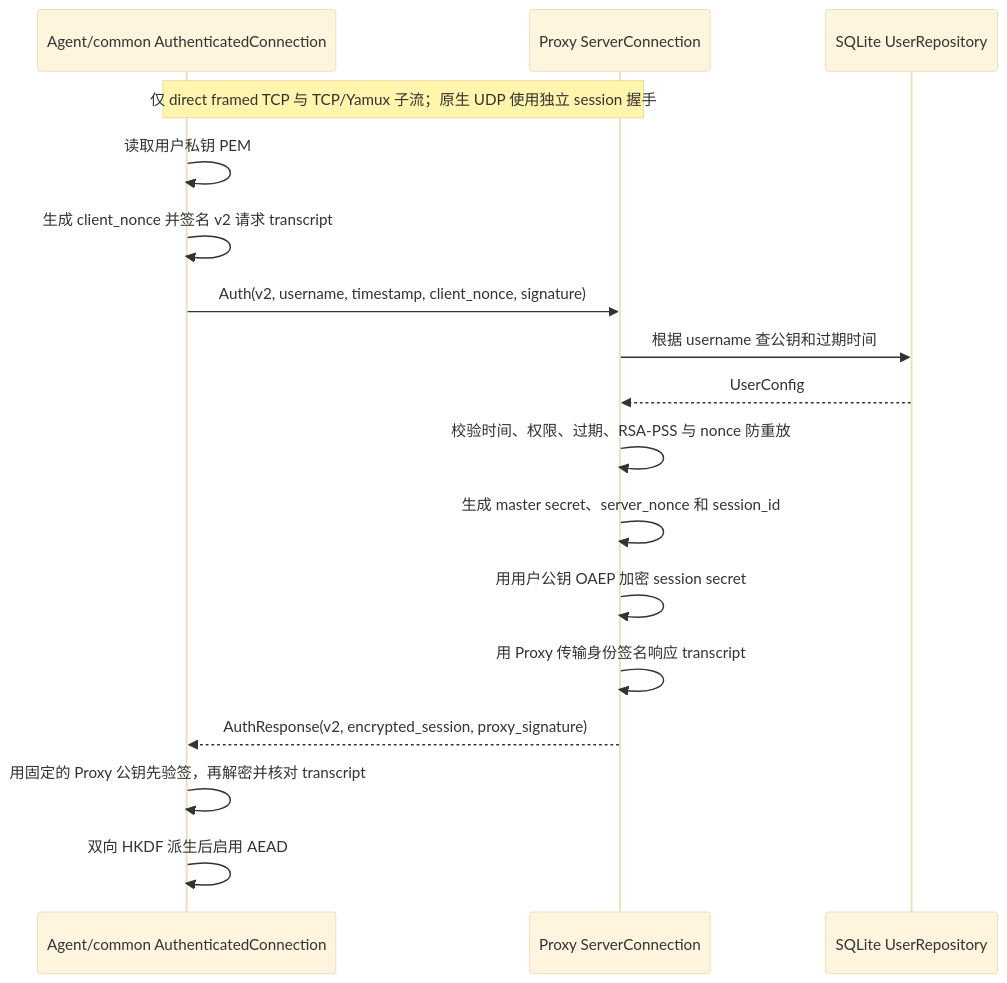
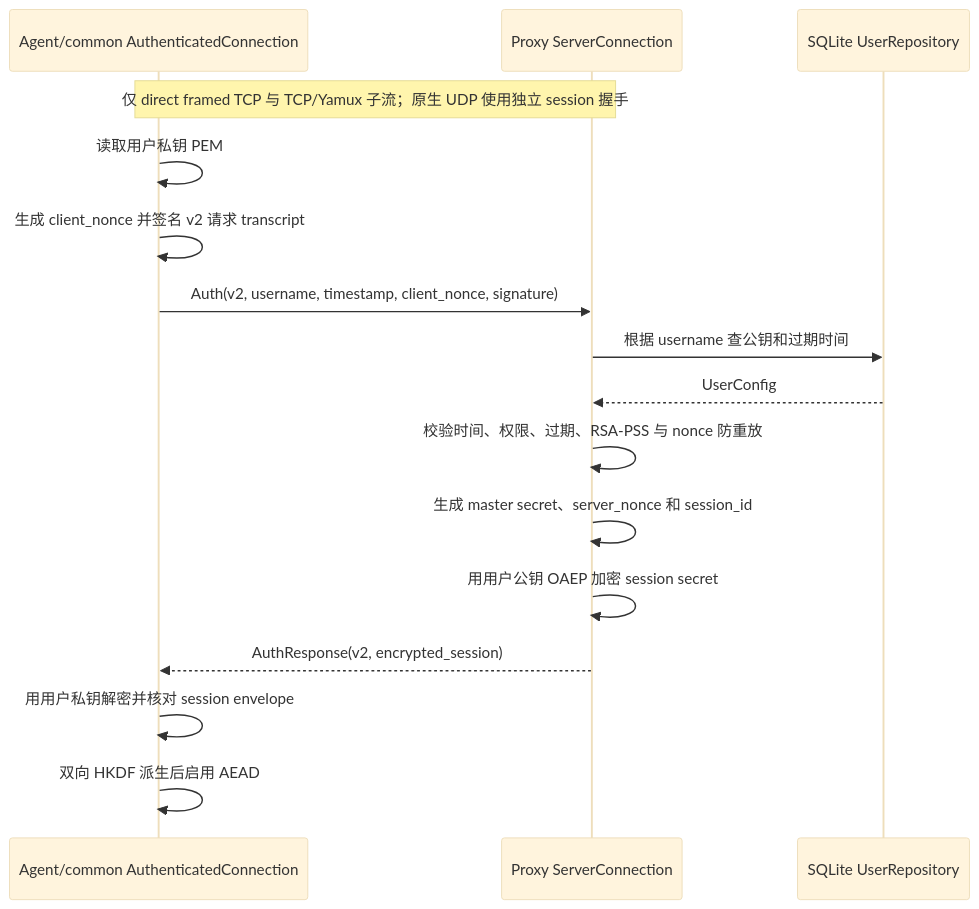
One commit to quhxuxm/ppaass-ai changed the diagram in docs/diagrams/03-auth-encryption.mmd. Above: the diagram before and after it, drawn with Mermaid (base theme). The commit also changed 552 other files, not shown here.

```diff
--- a/docs/diagrams/03-auth-encryption.mmd
+++ b/docs/diagrams/03-auth-encryption.mmd
@@ -1,19 +1,18 @@
 sequenceDiagram
     participant A as Agent/common AuthenticatedConnection
     participant P as Proxy ServerConnection
     participant U as SQLite UserRepository
 
     Note over A,P: 仅 direct framed TCP 与 TCP/Yamux 子流；原生 UDP 使用独立 session 握手
 
     A->>A: 读取用户私钥 PEM
     A->>A: 生成 client_nonce 并签名 v2 请求 transcript
     A->>P: Auth(v2, username, timestamp, client_nonce, signature)
     P->>U: 根据 username 查公钥和过期时间
     U-->>P: UserConfig
     P->>P: 校验时间、权限、过期、RSA-PSS 与 nonce 防重放
     P->>P: 生成 master secret、server_nonce 和 session_id
     P->>P: 用用户公钥 OAEP 加密 session secret
-    P->>P: 用 Proxy 传输身份签名响应 transcript
-    P-->>A: AuthResponse(v2, encrypted_session, proxy_signature)
-    A->>A: 用固定的 Proxy 公钥先验签，再解密并核对 transcript
+    P-->>A: AuthResponse(v2, encrypted_session)
+    A->>A: 用用户私钥解密并核对 session envelope
     A->>A: 双向 HKDF 派生后启用 AEAD
```
